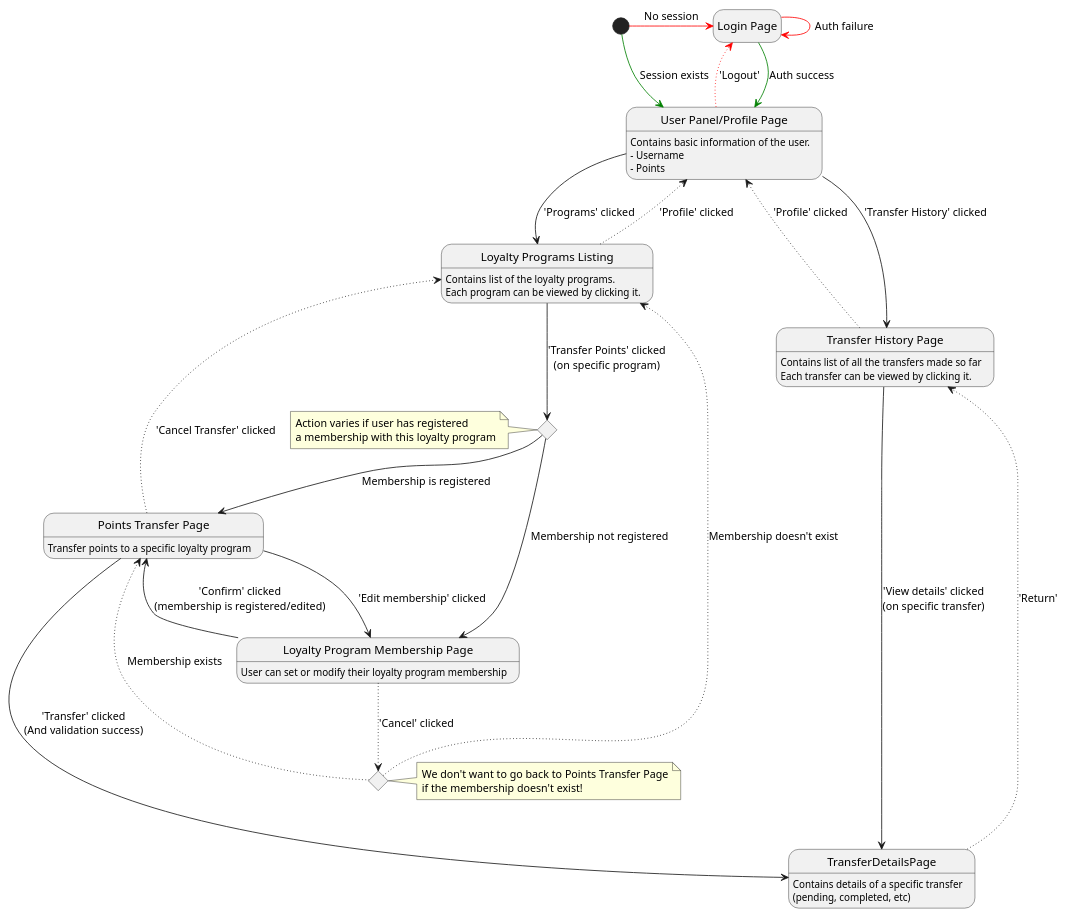
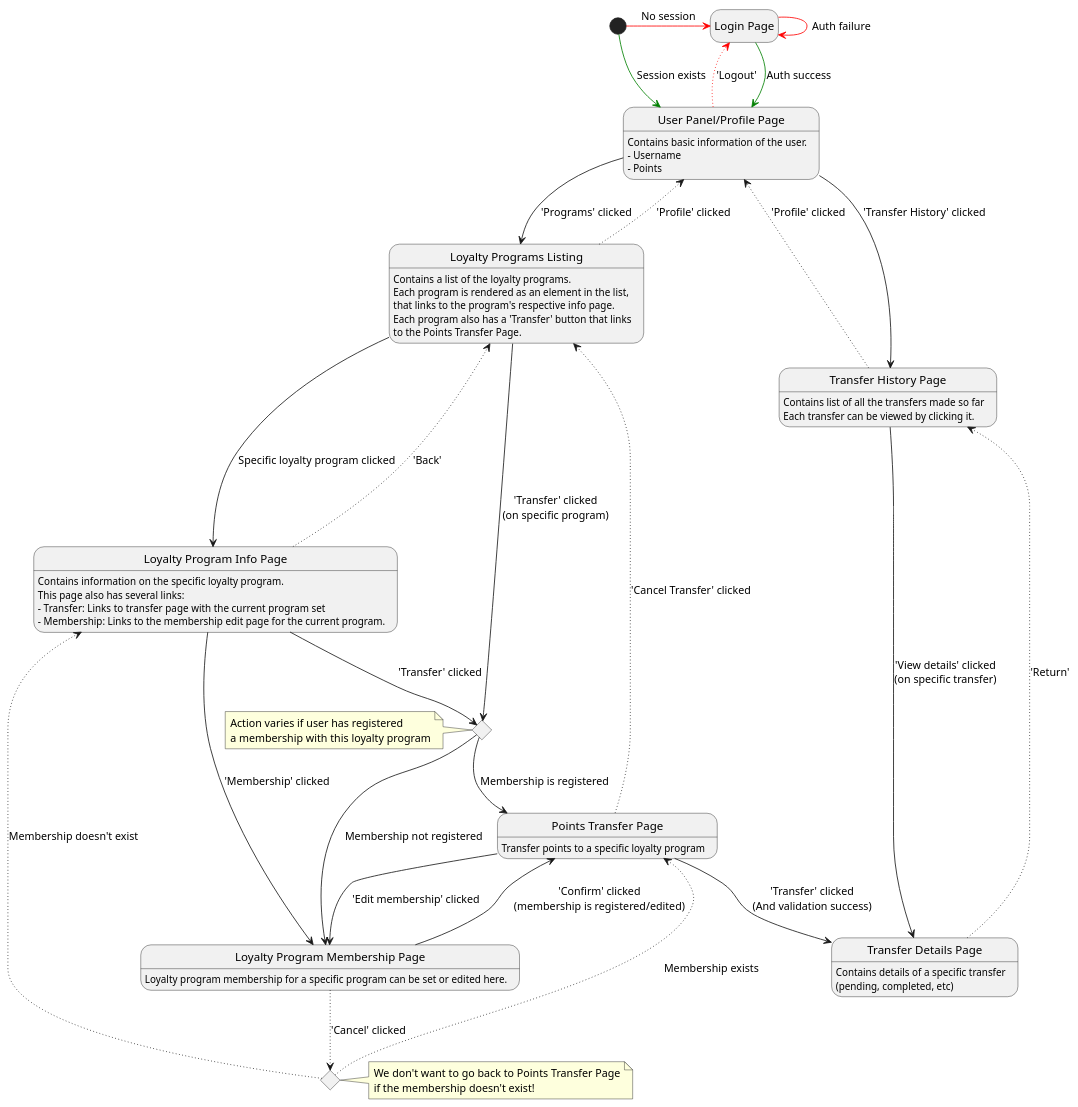
The diagram in diagrams/bank/bank-client_state_diagram.puml (Rye123/esc-transferconnect), drawn with PlantUML before and after one commit. The commit also changed 3 other files, not shown here.

Commit message:
update: bank UML diagrams

```diff
--- a/diagrams/bank/bank-client_state_diagram.puml
+++ b/diagrams/bank/bank-client_state_diagram.puml
@@ -1,51 +1,59 @@
 @startuml Bank Client State Diagram
 hide empty description
 
 state LoginPage as "Login Page"
 state UserPanelPage as "User Panel/Profile Page"
+UserPanelPage: Contains basic information of the user.\n- Username\n- Points
 state LoyaltyProgramsPage as "Loyalty Programs Listing"
+LoyaltyProgramsPage: Contains a list of the loyalty programs.\nEach program is rendered as an element in the list,\nthat links to the program's respective info page.\nEach program also has a 'Transfer' button that links\nto the Points Transfer Page.
+state LoyaltyProgramInfoPage as "Loyalty Program Info Page"
+LoyaltyProgramInfoPage: Contains information on the specific loyalty program.\nThis page also has several links:\n- Transfer: Links to transfer page with the current program set\n- Membership: Links to the membership edit page for the current program.
 state TransferHistoryPage as "Transfer History Page"
+TransferHistoryPage: Contains list of all the transfers made so far\nEach transfer can be viewed by clicking it.
+state TransferDetailsPage as "Transfer Details Page"
+TransferDetailsPage: Contains details of a specific transfer\n(pending, completed, etc)
 state TransferPointsPage as "Points Transfer Page"
+TransferPointsPage: Transfer points to a specific loyalty program
 state ProgramMembershipPage as "Loyalty Program Membership Page"
+ProgramMembershipPage: Loyalty program membership for a specific program can be set or edited here.
 
 state hasMembershipAtLoyaltyProgramsPage <<choice>>
 state hasMembershipAtProgramMembershipPage <<choice>>
 
 [*] -[#red]> LoginPage: No session
 [*] -[#green]> UserPanelPage: Session exists
 
 LoginPage -[#green]-> UserPanelPage: Auth success
 LoginPage -[#red]-> LoginPage: Auth failure
 
 UserPanelPage --> LoyaltyProgramsPage: 'Programs' clicked
 UserPanelPage --> TransferHistoryPage: 'Transfer History' clicked
 UserPanelPage -[#red,dotted]-> LoginPage: 'Logout'
-UserPanelPage: Contains basic information of the user.\n- Username\n- Points
 
 TransferHistoryPage -[dotted]-> UserPanelPage: 'Profile' clicked
-TransferHistoryPage --> TransferDetailsPage: 'View details' clicked\n(on specific transfer)
-TransferHistoryPage: Contains list of all the transfers made so far\nEach transfer can be viewed by clicking it.
+TransferHistoryPage ---> TransferDetailsPage: 'View details' clicked\n(on specific transfer)
 
-TransferDetailsPage -[dotted]-> TransferHistoryPage: 'Return'
-TransferDetailsPage: Contains details of a specific transfer\n(pending, completed, etc)
+TransferDetailsPage -[dotted]--> TransferHistoryPage: 'Return'
 
 LoyaltyProgramsPage -[dotted]-> UserPanelPage: 'Profile' clicked
-LoyaltyProgramsPage --> hasMembershipAtLoyaltyProgramsPage: 'Transfer Points' clicked\n(on specific program)
+LoyaltyProgramsPage ----> hasMembershipAtLoyaltyProgramsPage: 'Transfer' clicked\n(on specific program)
     hasMembershipAtLoyaltyProgramsPage --> TransferPointsPage: Membership is registered
     hasMembershipAtLoyaltyProgramsPage --> ProgramMembershipPage: Membership not registered
     note left of hasMembershipAtLoyaltyProgramsPage: Action varies if user has registered\na membership with this loyalty program
-LoyaltyProgramsPage: Contains list of the loyalty programs.\nEach program can be viewed by clicking it.
+LoyaltyProgramsPage --> LoyaltyProgramInfoPage: Specific loyalty program clicked
+
+LoyaltyProgramInfoPage -[dotted]-> LoyaltyProgramsPage: 'Back'
+LoyaltyProgramInfoPage --> hasMembershipAtLoyaltyProgramsPage: 'Transfer' clicked
+LoyaltyProgramInfoPage ---> ProgramMembershipPage: 'Membership' clicked
 
 TransferPointsPage -[dotted]-> LoyaltyProgramsPage: 'Cancel Transfer' clicked
 TransferPointsPage --> ProgramMembershipPage: 'Edit membership' clicked
-TransferPointsPage ----> TransferDetailsPage: 'Transfer' clicked\n(And validation success)
-TransferPointsPage: Transfer points to a specific loyalty program
+TransferPointsPage --> TransferDetailsPage: 'Transfer' clicked\n(And validation success)
 
 ProgramMembershipPage -[dotted]-> hasMembershipAtProgramMembershipPage: 'Cancel' clicked
     hasMembershipAtProgramMembershipPage -[dotted]-> TransferPointsPage: Membership exists
-    hasMembershipAtProgramMembershipPage -[dotted]-> LoyaltyProgramsPage: Membership doesn't exist
+    hasMembershipAtProgramMembershipPage -[dotted]--> LoyaltyProgramInfoPage: Membership doesn't exist
     note right of hasMembershipAtProgramMembershipPage: We don't want to go back to Points Transfer Page\nif the membership doesn't exist!
 ProgramMembershipPage --> TransferPointsPage: 'Confirm' clicked\n(membership is registered/edited)
-ProgramMembershipPage: User can set or modify their loyalty program membership
 
 @enduml
```
